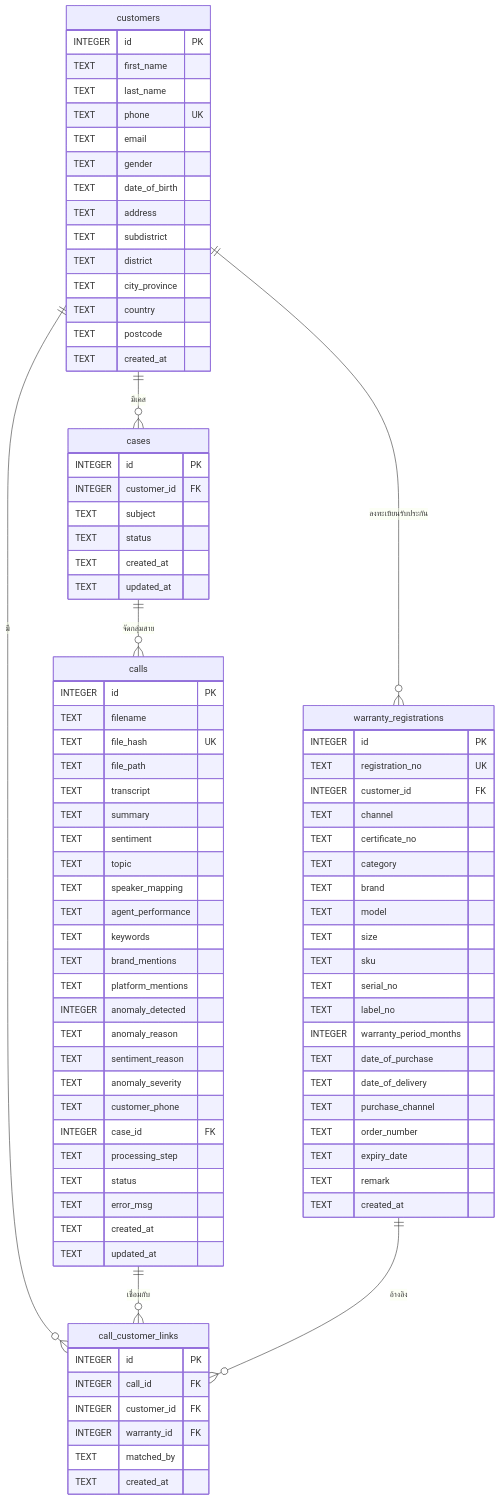
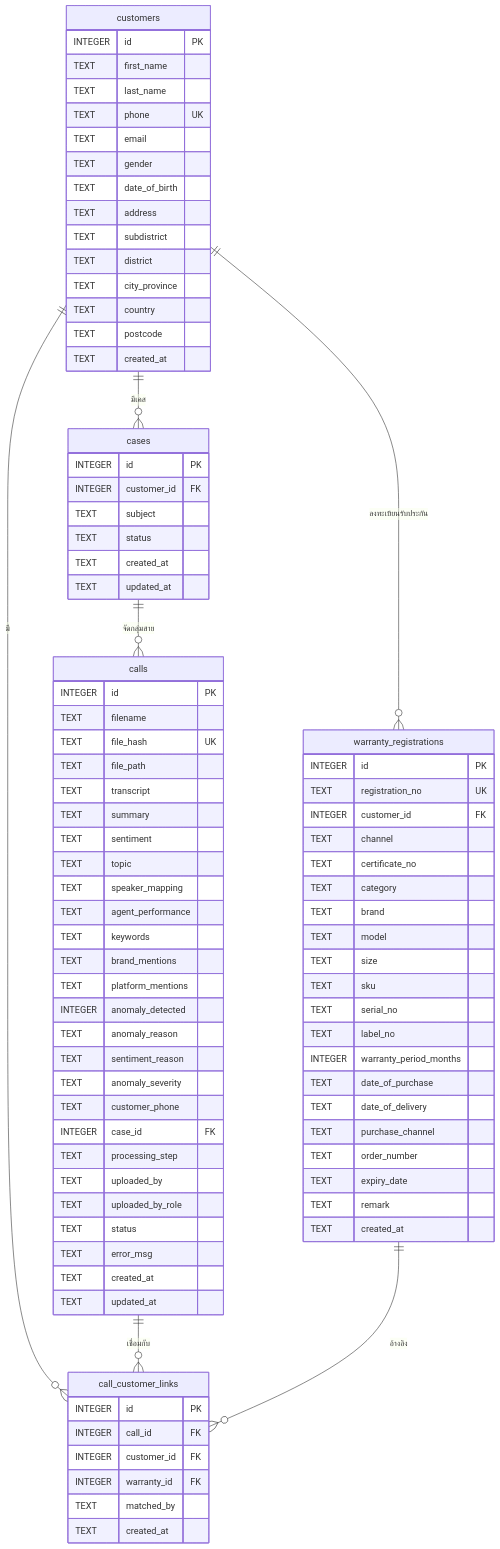
The diagram in docs/database_design.md (chisanuphongmadj/smartvoice), drawn with Mermaid before and after one commit. The commit also changed other lines of this file and 8 other files, not shown here.

```diff
--- a/docs/database_design.md
+++ b/docs/database_design.md
@@ -82,6 +78,8 @@
         TEXT customer_phone
         INTEGER case_id FK
         TEXT processing_step
+        TEXT uploaded_by
+        TEXT uploaded_by_role
         TEXT status
         TEXT error_msg
         TEXT created_at
```
